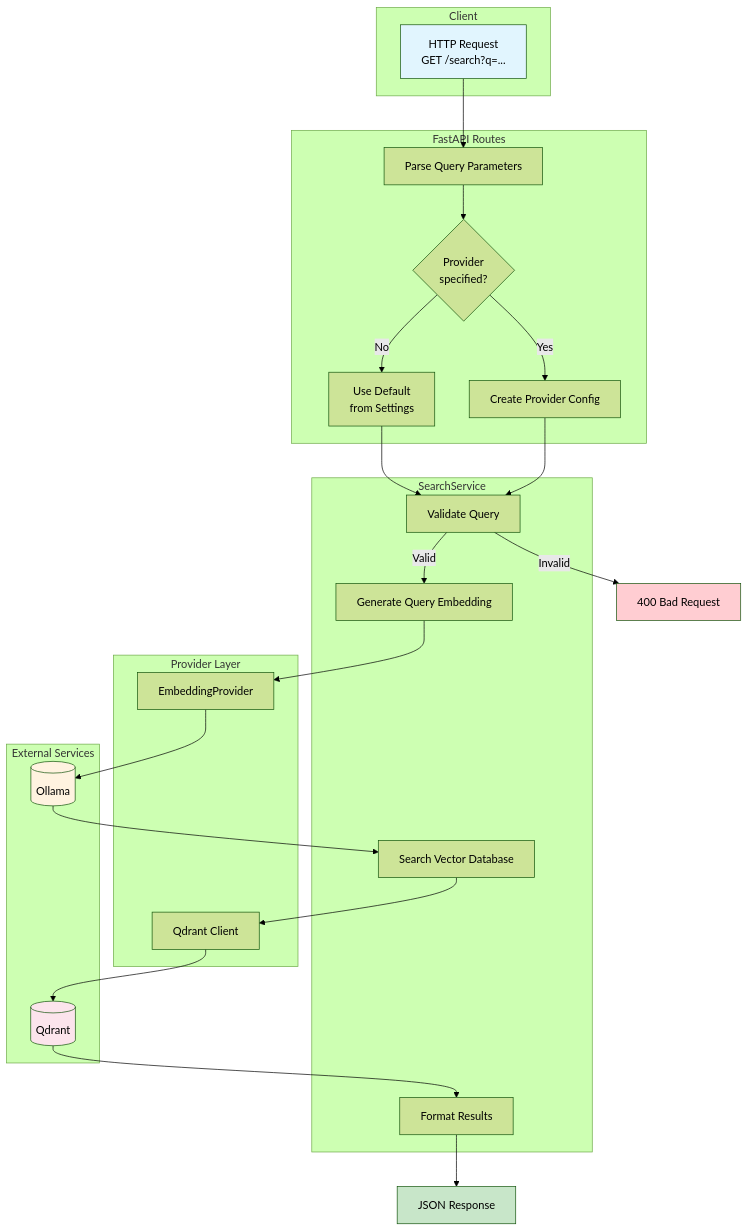
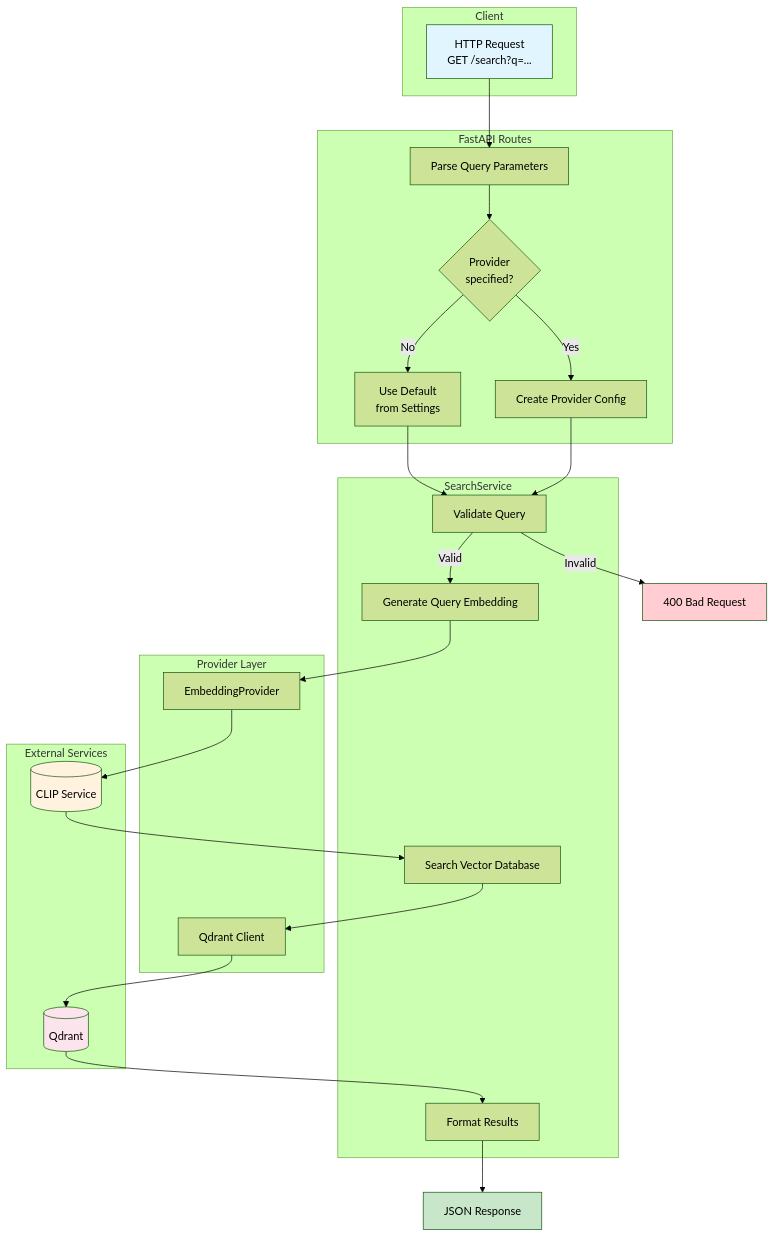
The diagram in charts/query-engine-flowchart.md (gt-sse-center/iNatInq), drawn with Mermaid (forest theme) before and after one commit. The commit also changed other lines of this file and 73 other files, not shown here.

````diff
--- a/charts/query-engine-flowchart.md
+++ b/charts/query-engine-flowchart.md
@@ -3,52 +3,52 @@
 ```mermaid
 flowchart TB
     subgraph Client
         A[HTTP Request<br/>GET /search?q=...]
     end
 
     subgraph API["FastAPI Routes"]
         B[Parse Query Parameters]
         C{Provider<br/>specified?}
         D[Use Default<br/>from Settings]
         E[Create Provider Config]
     end
 
     subgraph Service["SearchService"]
         F[Validate Query]
         G[Generate Query Embedding]
         H[Search Vector Database]
         I[Format Results]
     end
 
     subgraph Providers["Provider Layer"]
         J[EmbeddingProvider]
         L[Qdrant Client]
     end
 
     subgraph External["External Services"]
-        N[(Ollama)]
+        N[(CLIP Service)]
         O[(Qdrant)]
     end
 
     A --> B
     B --> C
     C -->|No| D
     C -->|Yes| E
     D --> F
     E --> F
     F -->|Valid| G
     F -->|Invalid| Z[400 Bad Request]
     G --> J
     J --> N
     N --> H
     H --> L
     L --> O
     O --> I
     I --> Y[JSON Response]
 
     style A fill:#e1f5fe
     style Y fill:#c8e6c9
     style Z fill:#ffcdd2
     style N fill:#fff3e0
     style O fill:#fce4ec
 ```
````
